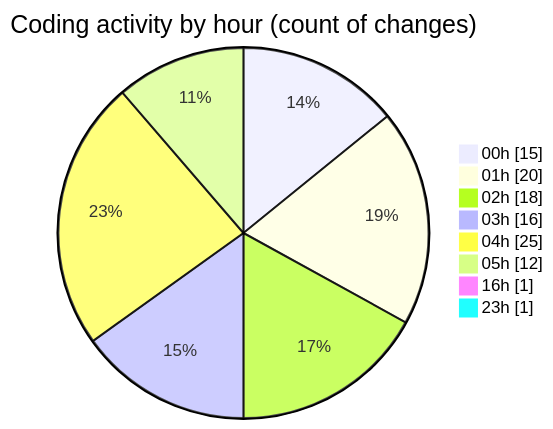
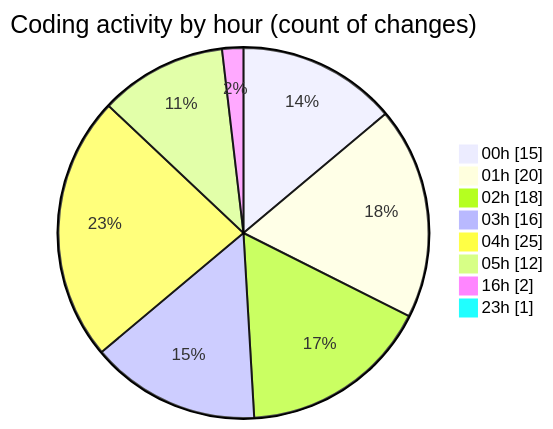
Before and after one commit to lephambinh05/code-tracking: the second of 2 diagrams in 2025-08-04/studybuddy/README.md, drawn with Mermaid. The commit also changed other lines of this file and 1 other file, not shown here.

````diff
--- a/2025-08-04/studybuddy/README.md
+++ b/2025-08-04/studybuddy/README.md
@@ -56,12 +56,12 @@
 ```mermaid
 pie showData
 title Coding activity by hour (count of changes)
 "00h" : 15
 "01h" : 20
 "02h" : 18
 "03h" : 16
 "04h" : 25
 "05h" : 12
-"16h" : 1
+"16h" : 2
 "23h" : 1
 ```
````
